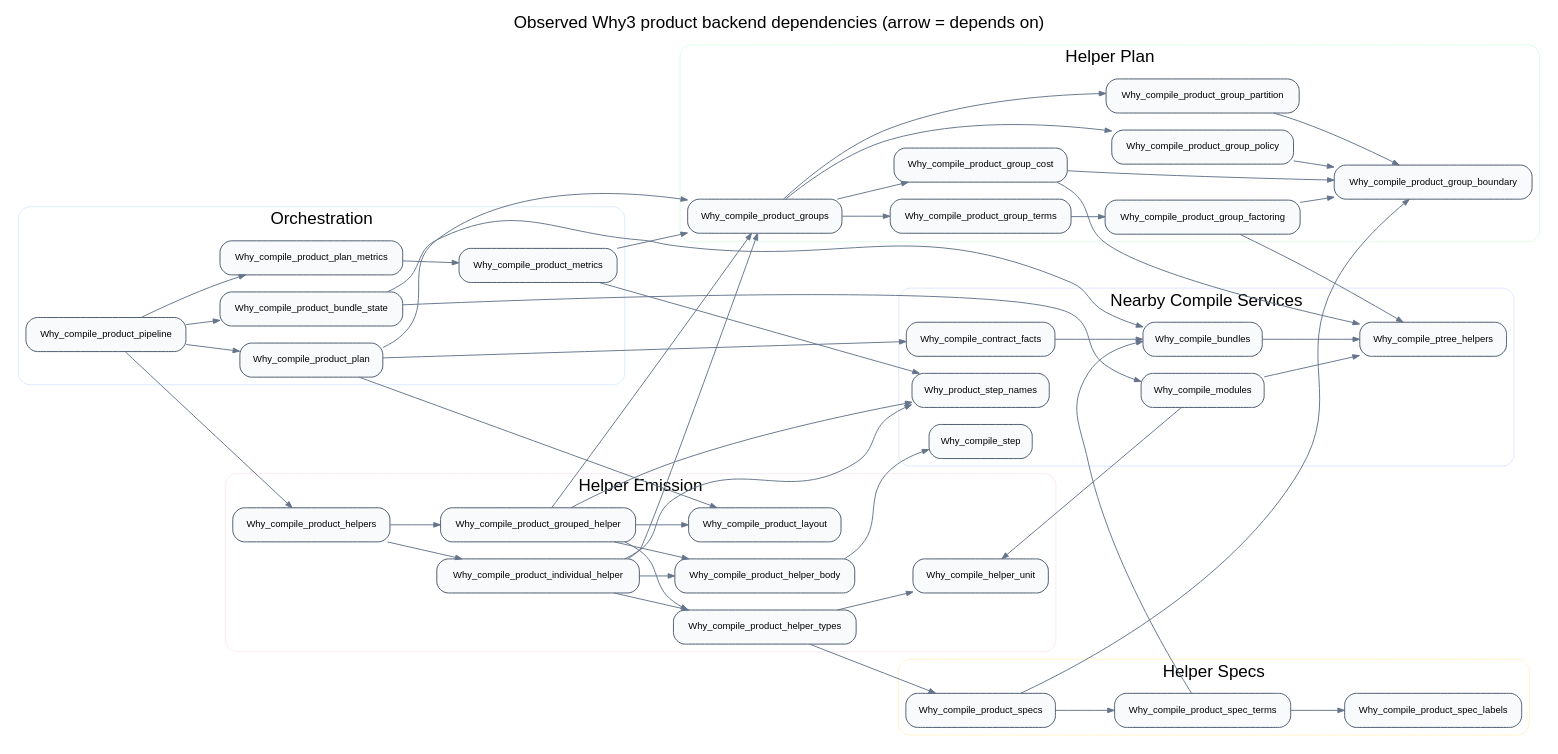
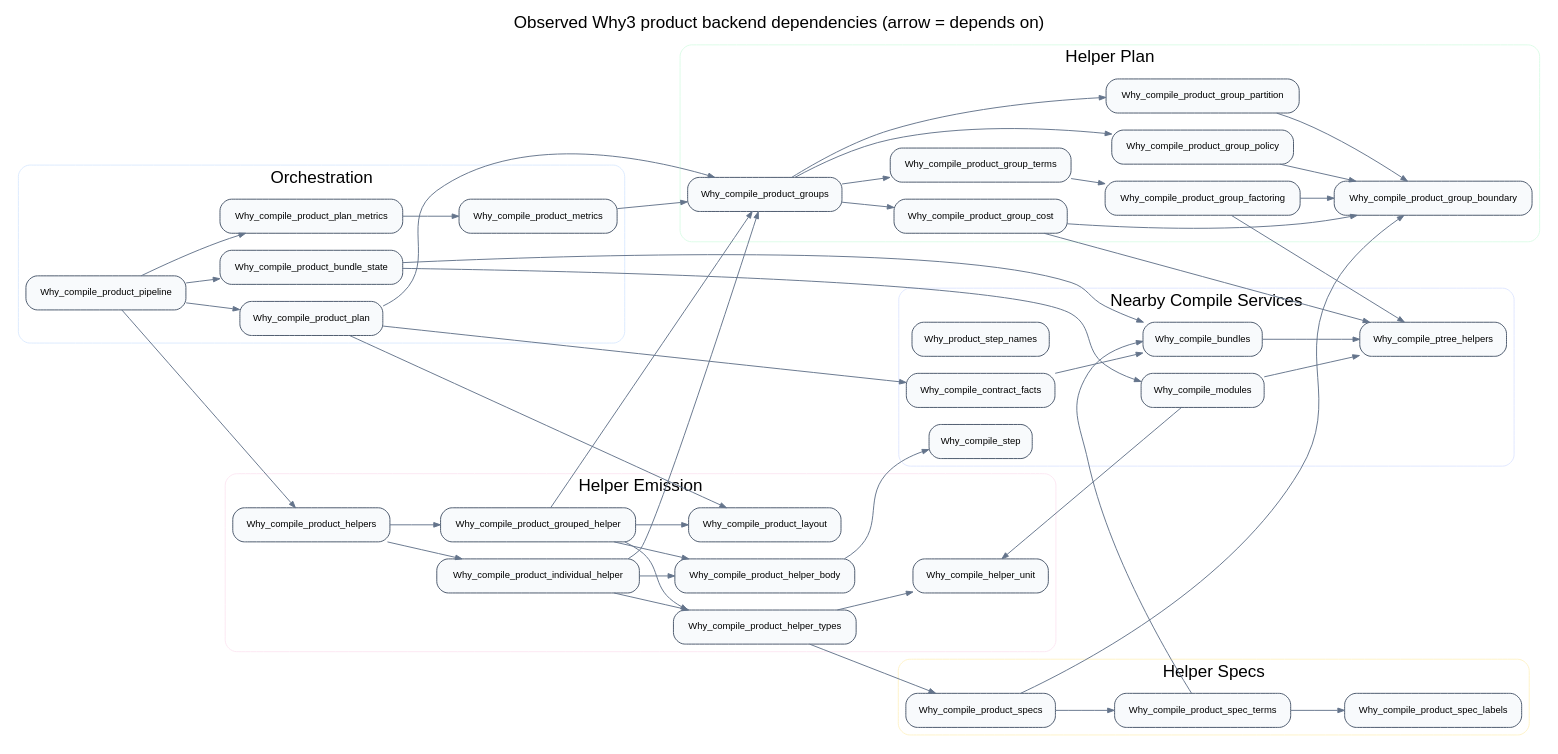
One commit to DabrowskiFr/Kairos changed the diagram in docs/architecture/observed/why3-product-backend.dot. Above: the diagram before and after it, drawn with Graphviz. The commit also changed 60 other files, not shown here.

```diff
--- a/docs/architecture/observed/why3-product-backend.dot
+++ b/docs/architecture/observed/why3-product-backend.dot
@@ -1,122 +1,119 @@
 digraph "why3_product_backend" {
   graph [
     rankdir=LR,
     label="Observed Why3 product backend dependencies (arrow = depends on)",
     labelloc=t,
     fontname="Helvetica",
     fontsize=18,
     compound=true,
     bgcolor="white"
   ];
   node [shape=box, style="rounded,filled", fontname="Helvetica", fontsize=10, fillcolor="#f8fafc", color="#475569"];
   edge [fontname="Helvetica", fontsize=9, color="#64748b", arrowsize=0.7];
 
   subgraph cluster_0 {
     label="Orchestration";
     style="rounded,filled";
     color="#dbeafe";
     fillcolor="#ffffff";
     "Why_compile_product_pipeline" [label="Why_compile_product_pipeline"];
     "Why_compile_product_bundle_state" [label="Why_compile_product_bundle_state"];
     "Why_compile_product_plan" [label="Why_compile_product_plan"];
     "Why_compile_product_plan_metrics" [label="Why_compile_product_plan_metrics"];
     "Why_compile_product_metrics" [label="Why_compile_product_metrics"];
   }
 
   subgraph cluster_1 {
     label="Helper Plan";
     style="rounded,filled";
     color="#dcfce7";
     fillcolor="#ffffff";
     "Why_compile_product_groups" [label="Why_compile_product_groups"];
     "Why_compile_product_group_partition" [label="Why_compile_product_group_partition"];
     "Why_compile_product_group_policy" [label="Why_compile_product_group_policy"];
     "Why_compile_product_group_terms" [label="Why_compile_product_group_terms"];
     "Why_compile_product_group_factoring" [label="Why_compile_product_group_factoring"];
     "Why_compile_product_group_cost" [label="Why_compile_product_group_cost"];
     "Why_compile_product_group_boundary" [label="Why_compile_product_group_boundary"];
   }
 
   subgraph cluster_2 {
     label="Helper Specs";
     style="rounded,filled";
     color="#fef3c7";
     fillcolor="#ffffff";
     "Why_compile_product_specs" [label="Why_compile_product_specs"];
     "Why_compile_product_spec_terms" [label="Why_compile_product_spec_terms"];
     "Why_compile_product_spec_labels" [label="Why_compile_product_spec_labels"];
   }
 
   subgraph cluster_3 {
     label="Helper Emission";
     style="rounded,filled";
     color="#fce7f3";
     fillcolor="#ffffff";
     "Why_compile_product_helpers" [label="Why_compile_product_helpers"];
     "Why_compile_product_individual_helper" [label="Why_compile_product_individual_helper"];
     "Why_compile_product_grouped_helper" [label="Why_compile_product_grouped_helper"];
     "Why_compile_helper_unit" [label="Why_compile_helper_unit"];
     "Why_compile_product_helper_types" [label="Why_compile_product_helper_types"];
     "Why_compile_product_helper_body" [label="Why_compile_product_helper_body"];
     "Why_compile_product_layout" [label="Why_compile_product_layout"];
   }
 
   subgraph cluster_4 {
     label="Nearby Compile Services";
     style="rounded,filled";
     color="#e0e7ff";
     fillcolor="#ffffff";
     "Why_product_step_names" [label="Why_product_step_names"];
     "Why_compile_contract_facts" [label="Why_compile_contract_facts"];
     "Why_compile_step" [label="Why_compile_step"];
     "Why_compile_bundles" [label="Why_compile_bundles"];
     "Why_compile_modules" [label="Why_compile_modules"];
     "Why_compile_ptree_helpers" [label="Why_compile_ptree_helpers"];
   }
 
   "Why_compile_bundles" -> "Why_compile_ptree_helpers";
   "Why_compile_contract_facts" -> "Why_compile_bundles";
   "Why_compile_modules" -> "Why_compile_helper_unit";
   "Why_compile_modules" -> "Why_compile_ptree_helpers";
   "Why_compile_product_bundle_state" -> "Why_compile_bundles";
   "Why_compile_product_bundle_state" -> "Why_compile_modules";
   "Why_compile_product_group_cost" -> "Why_compile_product_group_boundary";
   "Why_compile_product_group_cost" -> "Why_compile_ptree_helpers";
   "Why_compile_product_group_factoring" -> "Why_compile_product_group_boundary";
   "Why_compile_product_group_factoring" -> "Why_compile_ptree_helpers";
   "Why_compile_product_group_partition" -> "Why_compile_product_group_boundary";
   "Why_compile_product_group_policy" -> "Why_compile_product_group_boundary";
   "Why_compile_product_group_terms" -> "Why_compile_product_group_factoring";
   "Why_compile_product_grouped_helper" -> "Why_compile_product_groups";
   "Why_compile_product_grouped_helper" -> "Why_compile_product_helper_body";
   "Why_compile_product_grouped_helper" -> "Why_compile_product_helper_types";
   "Why_compile_product_grouped_helper" -> "Why_compile_product_layout";
-  "Why_compile_product_grouped_helper" -> "Why_product_step_names";
   "Why_compile_product_groups" -> "Why_compile_product_group_cost";
   "Why_compile_product_groups" -> "Why_compile_product_group_partition";
   "Why_compile_product_groups" -> "Why_compile_product_group_policy";
   "Why_compile_product_groups" -> "Why_compile_product_group_terms";
   "Why_compile_product_helper_body" -> "Why_compile_step";
   "Why_compile_product_helper_types" -> "Why_compile_helper_unit";
   "Why_compile_product_helper_types" -> "Why_compile_product_specs";
   "Why_compile_product_helpers" -> "Why_compile_product_grouped_helper";
   "Why_compile_product_helpers" -> "Why_compile_product_individual_helper";
   "Why_compile_product_individual_helper" -> "Why_compile_product_groups";
   "Why_compile_product_individual_helper" -> "Why_compile_product_helper_body";
   "Why_compile_product_individual_helper" -> "Why_compile_product_helper_types";
-  "Why_compile_product_individual_helper" -> "Why_product_step_names";
   "Why_compile_product_metrics" -> "Why_compile_product_groups";
-  "Why_compile_product_metrics" -> "Why_product_step_names";
   "Why_compile_product_pipeline" -> "Why_compile_product_bundle_state";
   "Why_compile_product_pipeline" -> "Why_compile_product_helpers";
   "Why_compile_product_pipeline" -> "Why_compile_product_plan";
   "Why_compile_product_pipeline" -> "Why_compile_product_plan_metrics";
   "Why_compile_product_plan" -> "Why_compile_contract_facts";
   "Why_compile_product_plan" -> "Why_compile_product_groups";
   "Why_compile_product_plan" -> "Why_compile_product_layout";
   "Why_compile_product_plan_metrics" -> "Why_compile_product_metrics";
   "Why_compile_product_spec_terms" -> "Why_compile_bundles";
   "Why_compile_product_spec_terms" -> "Why_compile_product_spec_labels";
   "Why_compile_product_specs" -> "Why_compile_product_group_boundary";
   "Why_compile_product_specs" -> "Why_compile_product_spec_terms";
 }
```
